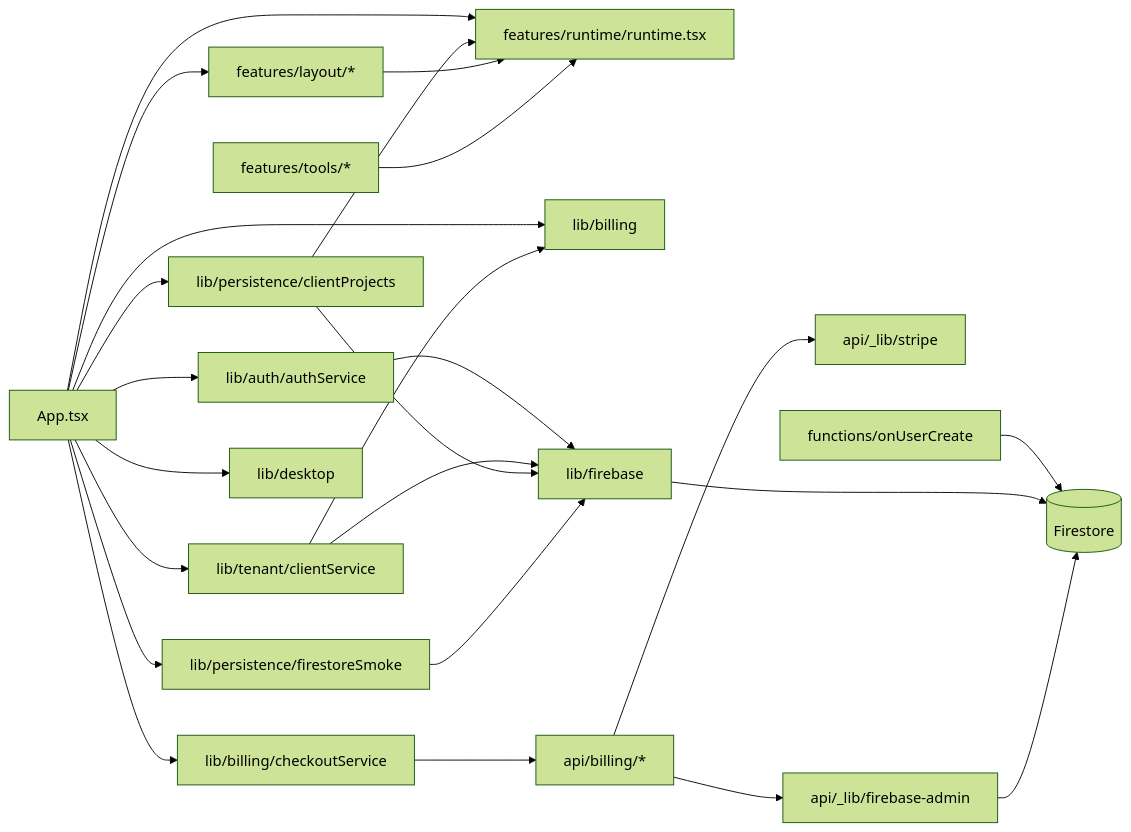
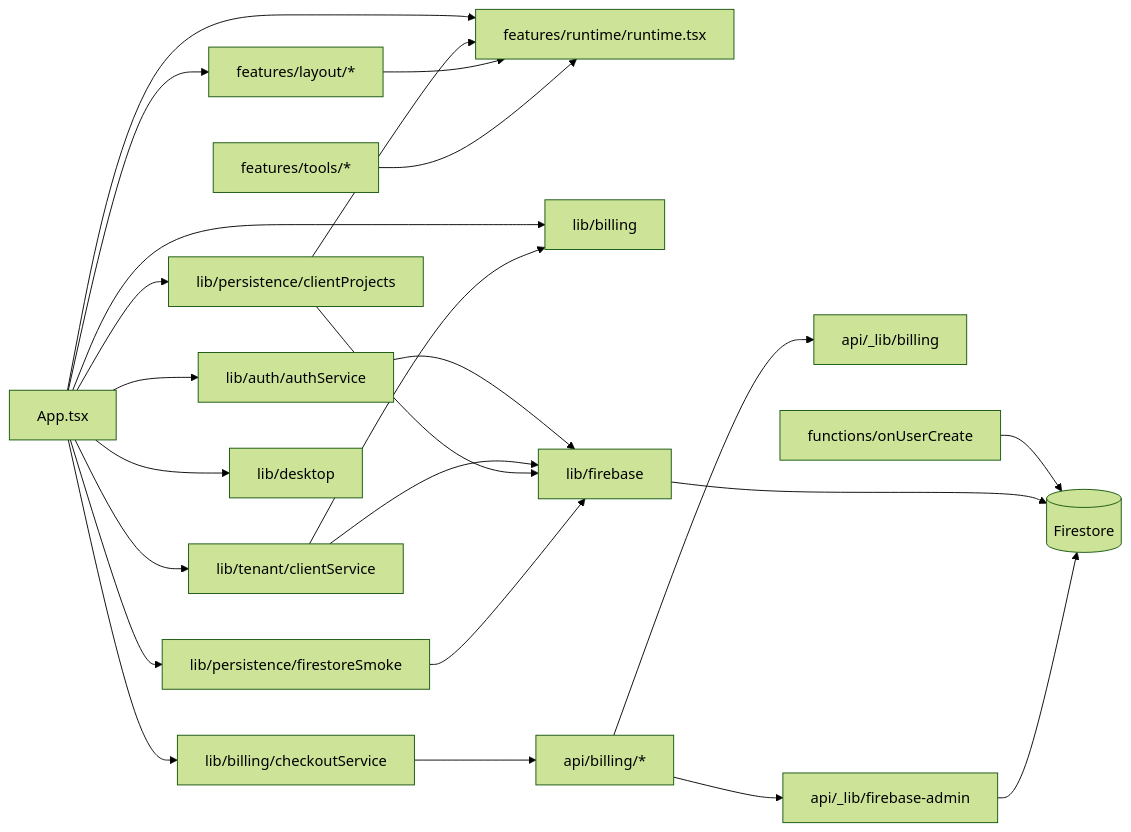
The second of 2 diagrams in Curv_APP/docs/PROJECT_STATUS.md (arquitecturacurva-sudo/MUArq), drawn with Mermaid (forest theme) before and after one commit. The commit also changed other lines of this file, not shown here.

Commit message:
Update project status after Mercado Pago deploy

````diff
--- a/Curv_APP/docs/PROJECT_STATUS.md
+++ b/Curv_APP/docs/PROJECT_STATUS.md
@@ -157,32 +165,32 @@
 ```mermaid
 flowchart LR
   App[App.tsx]
 
   App --> Layout[features/layout/*]
   App --> Runtime[features/runtime/runtime.tsx]
   App --> AuthSvc[lib/auth/authService]
   App --> ClientSvc[lib/tenant/clientService]
   App --> Billing[lib/billing]
   App --> Checkout[lib/billing/checkoutService]
   App --> Projects[lib/persistence/clientProjects]
   App --> Smoke[lib/persistence/firestoreSmoke]
   App --> Desktop[lib/desktop]
 
   AuthSvc --> Firebase[lib/firebase]
   ClientSvc --> Firebase
   ClientSvc --> Billing
   Projects --> Firebase
   Projects --> Runtime
   Smoke --> Firebase
   Checkout --> API[api/billing/*]
 
-  API --> StripeLib[api/_lib/stripe]
+  API --> MercadoPagoLib[api/_lib/billing]
   API --> AdminLib[api/_lib/firebase-admin]
 
   Layout --> Runtime
   Tools[features/tools/*] --> Runtime
 
   CF[functions/onUserCreate] --> Firestore[(Firestore)]
   Firebase --> Firestore
   AdminLib --> Firestore
 ```
````
